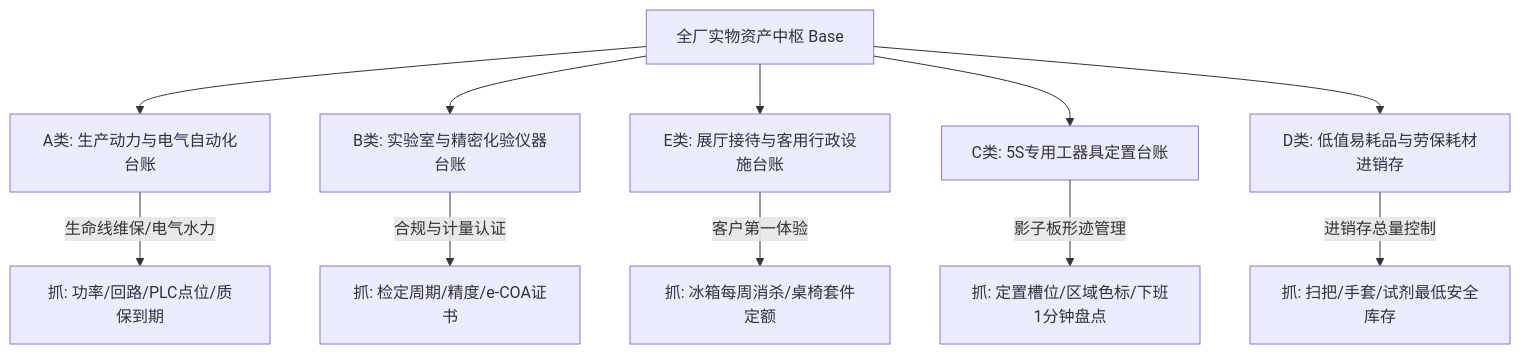
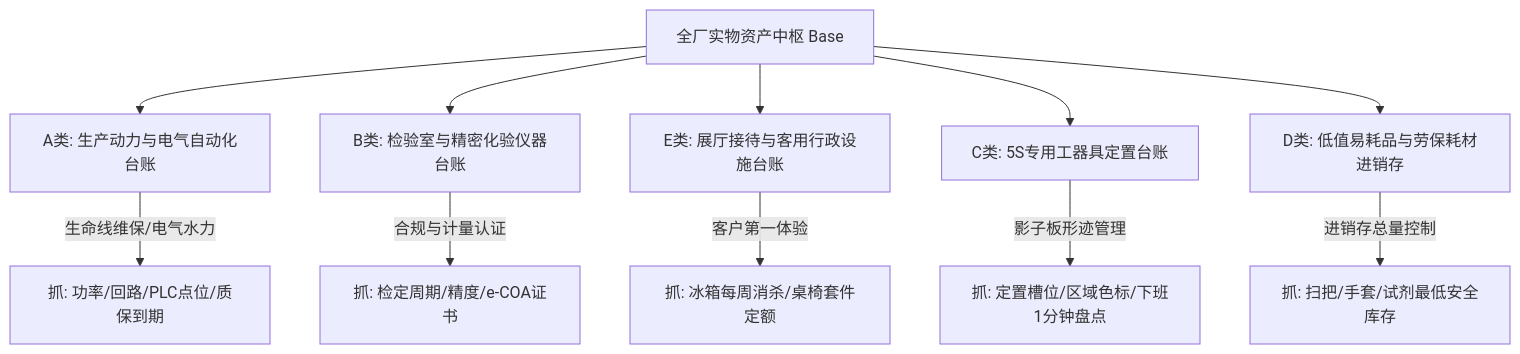
Before and after one commit to digitalboy/aquaponics: the first of 2 diagrams in docs/03_system_architecture/10_全厂实物资产台账与5S定置管理数据契约规范(Asset_and_5S_Ledger_Schema).md, drawn with Mermaid. The commit also changed other lines of this file and 14 other files, not shown here.

````diff
--- a/docs/03_system_architecture/10_全厂实物资产台账与5S定置管理数据契约规范(Asset_and_5S_Ledger_Schema).md
+++ b/docs/03_system_architecture/10_全厂实物资产台账与5S定置管理数据契约规范(Asset_and_5S_Ledger_Schema).md
@@ -9,16 +9,16 @@
 ```mermaid
 graph TD
     Root[全厂实物资产中枢 Base]
     
     Root --> A[A类: 生产动力与电气自动化台账]
-    Root --> B[B类: 实验室与精密化验仪器台账]
+    Root --> B[B类: 检验室与精密化验仪器台账]
     Root --> E[E类: 展厅接待与客用行政设施台账]
     Root --> C[C类: 5S专用工器具定置台账]
     Root --> D[D类: 低值易耗品与劳保耗材进销存]
 
     A -->|生命线维保/电气水力| PA[抓: 功率/回路/PLC点位/质保到期]
     B -->|合规与计量认证| PB[抓: 检定周期/精度/e-COA证书]
     E -->|客户第一体验| PE[抓: 冰箱每周消杀/桌椅套件定额]
     C -->|影子板形迹管理| PC[抓: 定置槽位/区域色标/下班1分钟盘点]
     D -->|进销存总量控制| PD[抓: 扫把/手套/试剂最低安全库存]
 ```
````
